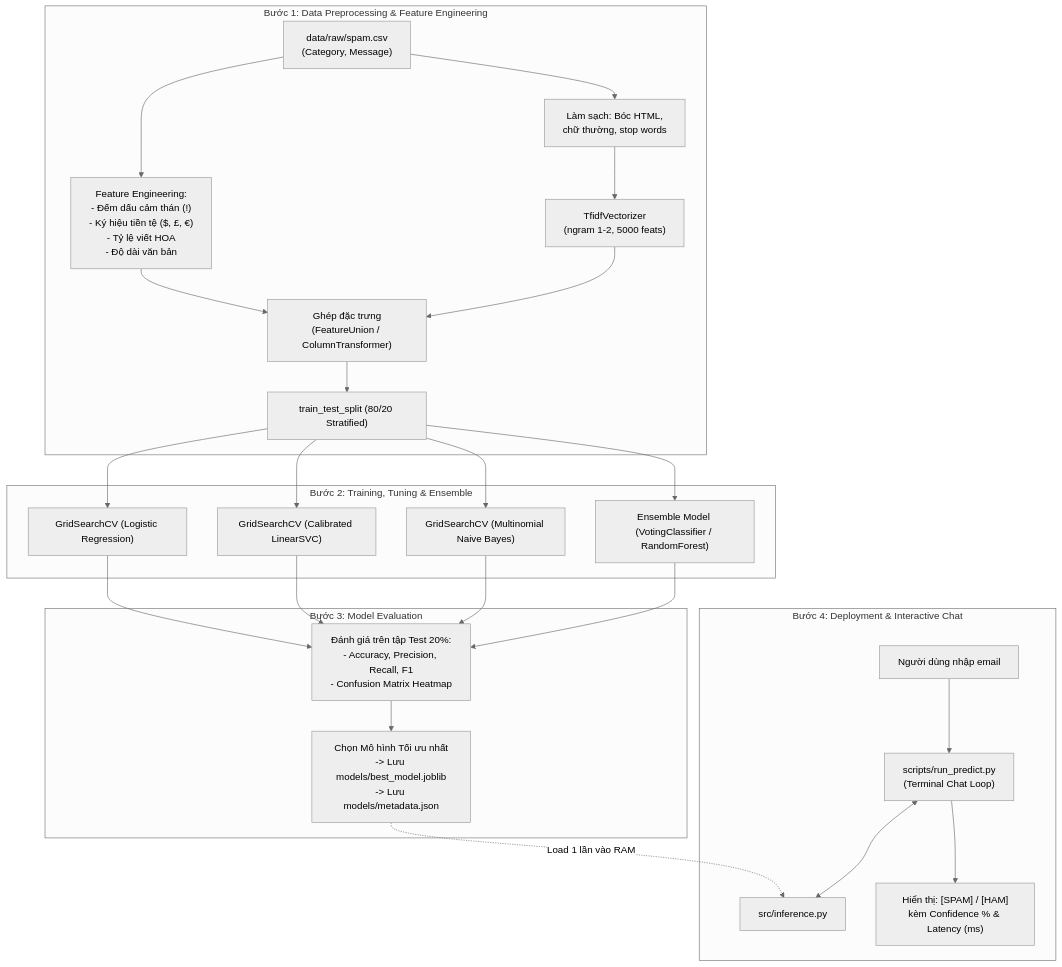
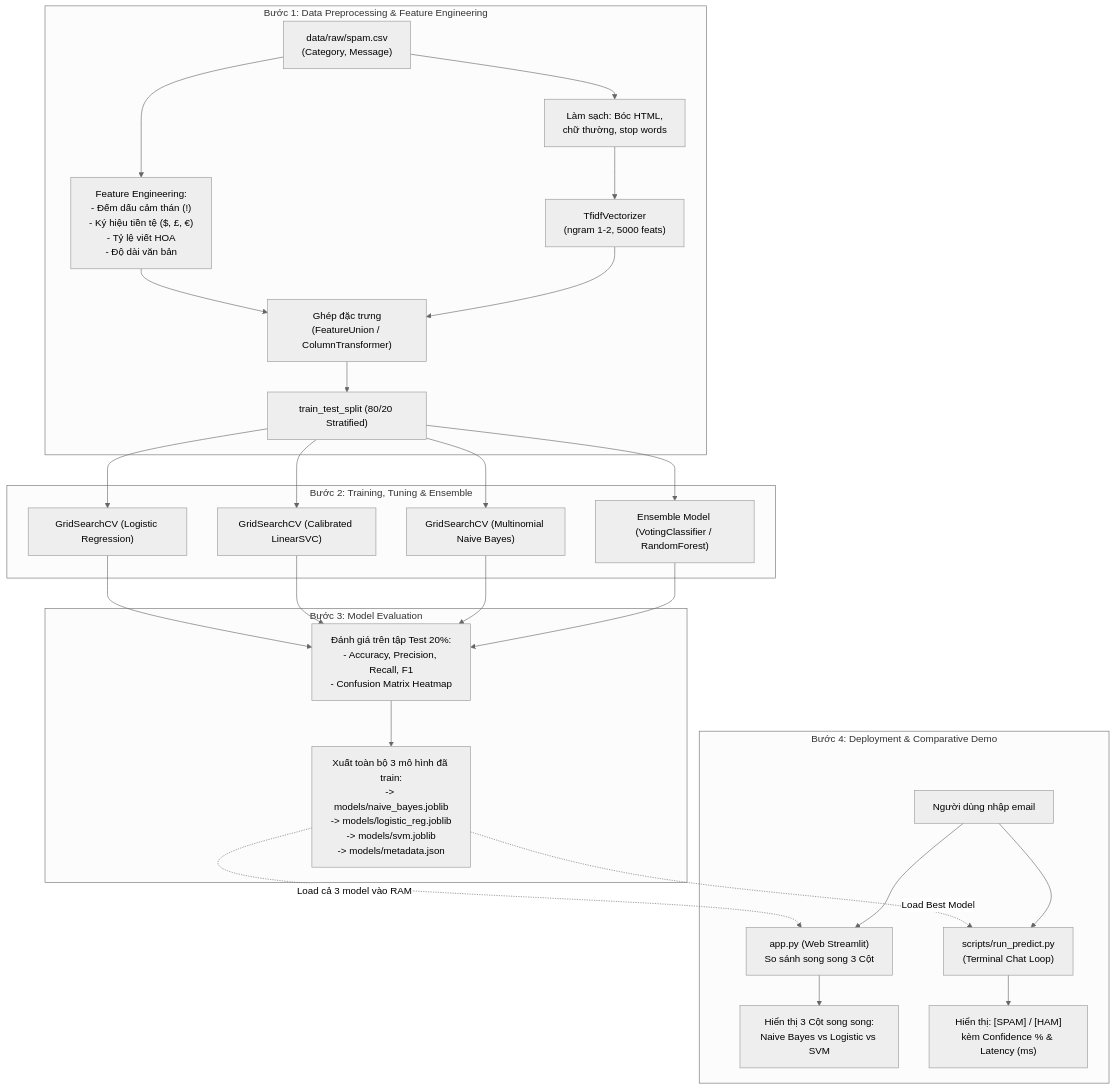
Before and after one commit to DongNguyen06/baitap_code_Nhom_3: the diagram in PRACTICE 1_CLASSIFYING_SPAM_EMAILS/docs/DESIGN.md, drawn with Mermaid (neutral theme). The commit also changed other lines of this file and 3 other files, not shown here.

````diff
--- a/PRACTICE 1_CLASSIFYING_SPAM_EMAILS/docs/DESIGN.md
+++ b/PRACTICE 1_CLASSIFYING_SPAM_EMAILS/docs/DESIGN.md
@@ -55,29 +57,30 @@
 ```mermaid
 flowchart TD
     subgraph W1["Bước 1: Data Preprocessing & Feature Engineering"]
         Raw["data/raw/spam.csv\n(Category, Message)"] --> Clean["Làm sạch: Bóc HTML,\nchữ thường, stop words"]
         Raw --> FE["Feature Engineering:\n- Đếm dấu cảm thán (!)\n- Ký hiệu tiền tệ ($, £, €)\n- Tỷ lệ viết HOA\n- Độ dài văn bản"]
         Clean --> TFIDF["TfidfVectorizer\n(ngram 1-2, 5000 feats)"]
         FE & TFIDF --> Comb["Ghép đặc trưng\n(FeatureUnion / ColumnTransformer)"]
         Comb --> Split["train_test_split (80/20 Stratified)"]
     end
 
     subgraph W2["Bước 2: Training, Tuning & Ensemble"]
         Split --> T1["GridSearchCV (Logistic Regression)"]
         Split --> T2["GridSearchCV (Calibrated LinearSVC)"]
         Split --> T3["GridSearchCV (Multinomial Naive Bayes)"]
         Split --> T4["Ensemble Model (VotingClassifier / RandomForest)"]
     end
 
     subgraph W3["Bước 3: Model Evaluation"]
         T1 & T2 & T3 & T4 --> Eval["Đánh giá trên tập Test 20%:\n- Accuracy, Precision, Recall, F1\n- Confusion Matrix Heatmap"]
-        Eval --> Best["Chọn Mô hình Tối ưu nhất\n-> Lưu models/best_model.joblib\n-> Lưu models/metadata.json"]
+        Eval --> SaveModels["Xuất toàn bộ 3 mô hình đã train:\n-> models/naive_bayes.joblib\n-> models/logistic_reg.joblib\n-> models/svm.joblib\n-> models/metadata.json"]
     end
 
-    subgraph W4["Bước 4: Deployment & Interactive Chat"]
-        Best -.->|"Load 1 lần vào RAM"| ChatEngine["src/inference.py"]
-        User["Người dùng nhập email"] --> ChatLoop["scripts/run_predict.py\n(Terminal Chat Loop)"]
-        ChatLoop <--> ChatEngine
+    subgraph W4["Bước 4: Deployment & Comparative Demo"]
+        SaveModels -.->|"Load cả 3 model vào RAM"| App["app.py (Web Streamlit)\nSo sánh song song 3 Cột"]
+        SaveModels -.->|"Load Best Model"| ChatLoop["scripts/run_predict.py\n(Terminal Chat Loop)"]
+        User["Người dùng nhập email"] --> App & ChatLoop
+        App --> Comp["Hiển thị 3 Cột song song:\nNaive Bayes vs Logistic vs SVM"]
         ChatLoop --> Output["Hiển thị: [SPAM] / [HAM]\nkèm Confidence % & Latency (ms)"]
     end
 ```
````
